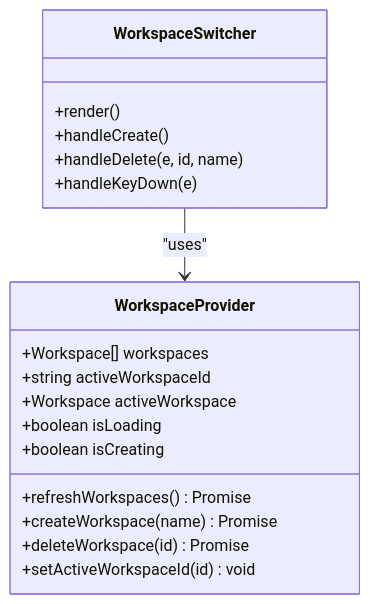
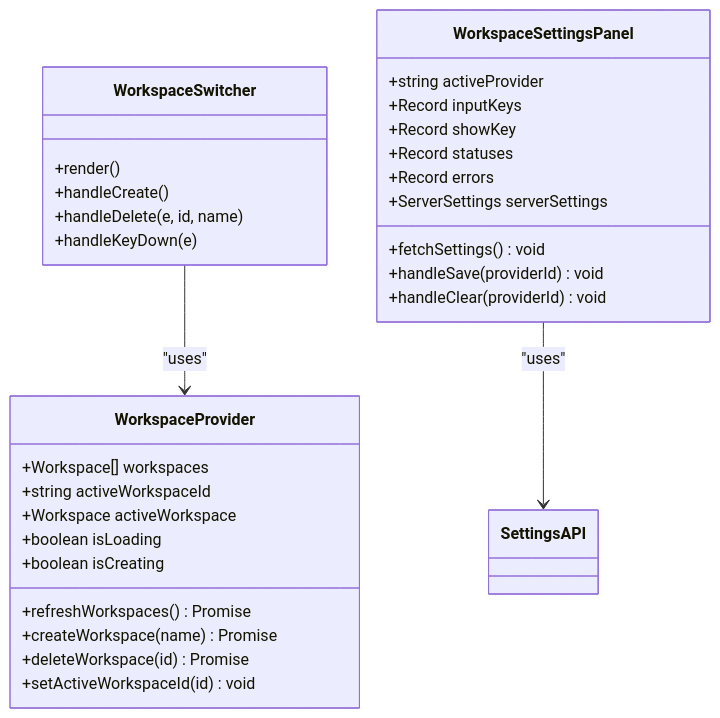
One commit to shekhargiri005-dotcom/AI-powered-accessibility-first-UI-engine changed the eighth of 10 diagrams in .qoder/repowiki/en/content/Workspace & Multi-Tenancy/Workspace Management.md. Above: the diagram before and after it, drawn with Mermaid. The commit also changed other lines of this file and 7 other files, not shown here.

````diff
--- a/.qoder/repowiki/en/content/Workspace & Multi-Tenancy/Workspace Management.md
+++ b/.qoder/repowiki/en/content/Workspace & Multi-Tenancy/Workspace Management.md
@@ -300,21 +377,33 @@
 ```mermaid
 classDiagram
 class WorkspaceProvider {
 +Workspace[] workspaces
 +string activeWorkspaceId
 +Workspace activeWorkspace
 +boolean isLoading
 +boolean isCreating
 +refreshWorkspaces() Promise<void>
 +createWorkspace(name) Promise<Workspace|null>
 +deleteWorkspace(id) Promise<boolean>
 +setActiveWorkspaceId(id) void
 }
 class WorkspaceSwitcher {
 +render()
 +handleCreate()
 +handleDelete(e, id, name)
 +handleKeyDown(e)
 }
+class WorkspaceSettingsPanel {
++string activeProvider
++Record inputKeys
++Record showKey
++Record statuses
++Record errors
++ServerSettings serverSettings
++fetchSettings() void
++handleSave(providerId) void
++handleClear(providerId) void
+}
 WorkspaceSwitcher --> WorkspaceProvider : "uses"
+WorkspaceSettingsPanel --> SettingsAPI : "uses"
 ```
````
